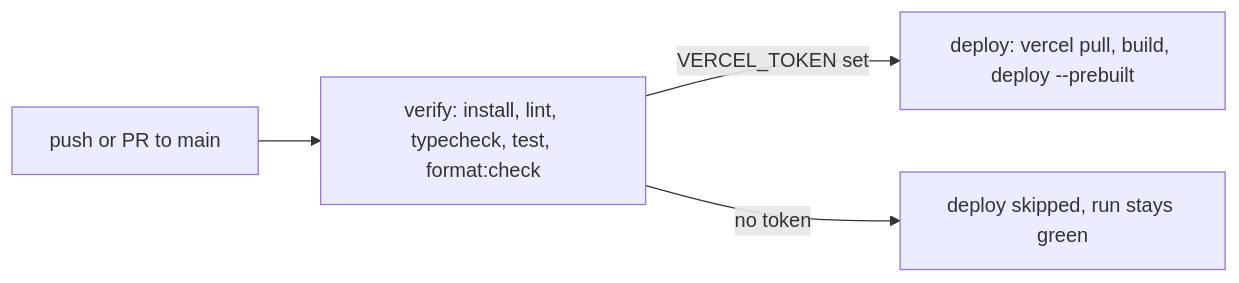
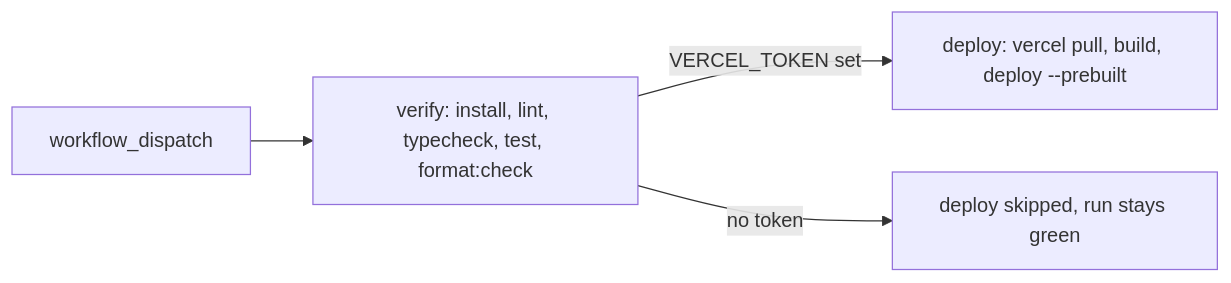
Before and after one commit to Adawy-Group/adawy-technical-docs: the diagram in content/repositories/adawy-group-links.mdx, drawn with Mermaid. The commit also changed other lines of this file and 39 other files, not shown here.

````diff
--- a/content/repositories/adawy-group-links.mdx
+++ b/content/repositories/adawy-group-links.mdx
@@ -244,6 +249,6 @@
 ```mermaid
 flowchart LR
-  T[push or PR to main] --> V[verify: install, lint, typecheck, test, format:check]
+  T[workflow_dispatch] --> V[verify: install, lint, typecheck, test, format:check]
   V -->|VERCEL_TOKEN set| D[deploy: vercel pull, build, deploy --prebuilt]
   V -->|no token| S[deploy skipped, run stays green]
 ```
````
